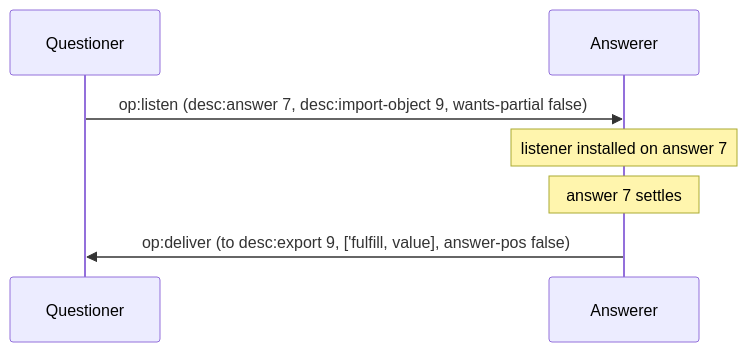
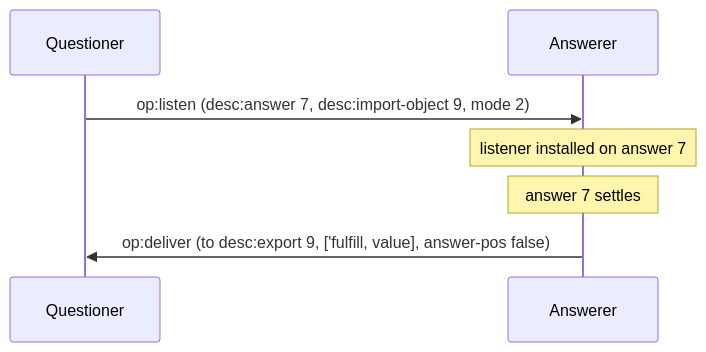
The fifth of 7 diagrams in docs/protocol-diagrams/03-promises-and-pipelining.md (glowcap-org/glowcap), drawn with Mermaid before and after one commit. The commit also changed other lines of this file and 920 other files, not shown here.

````diff
--- a/docs/protocol-diagrams/03-promises-and-pipelining.md
+++ b/docs/protocol-diagrams/03-promises-and-pipelining.md
@@ -79,9 +86,9 @@
 ```mermaid
 sequenceDiagram
     participant Q as Questioner
     participant R as Answerer
-    Q->>R: op:listen (desc:answer 7, desc:import-object 9, wants-partial false)
+    Q->>R: op:listen (desc:answer 7, desc:import-object 9, mode 2)
     Note over R: listener installed on answer 7
     Note over R: answer 7 settles
     R->>Q: op:deliver (to desc:export 9, ['fulfill, value], answer-pos false)
 ```
````
